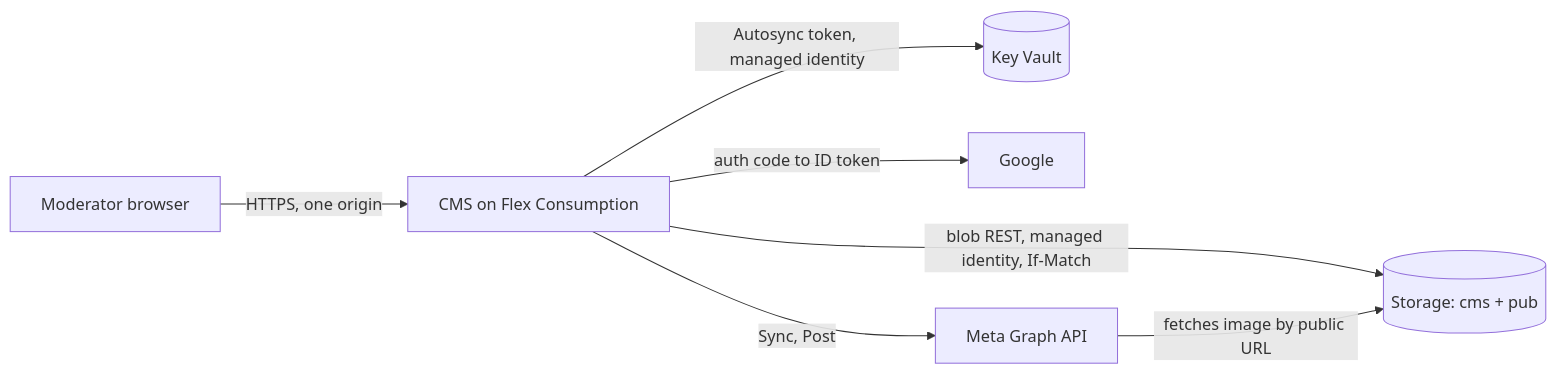
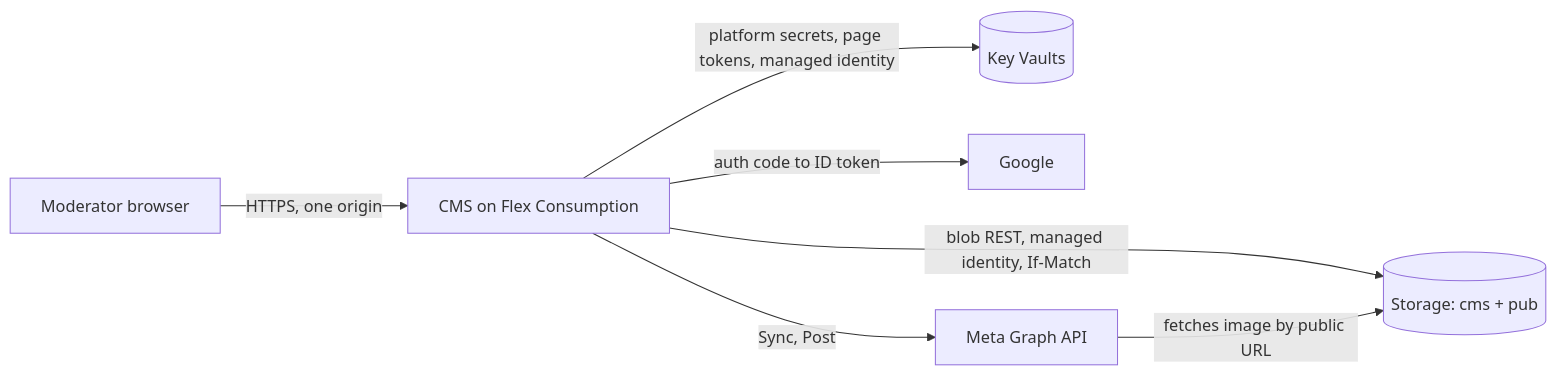
Before and after one commit to filip-be/folk-ms: the diagram in docs/platform/README.md, drawn with Mermaid. The commit also changed other lines of this file and 14 other files, not shown here.

````diff
--- a/docs/platform/README.md
+++ b/docs/platform/README.md
@@ -11,9 +11,9 @@
 ```mermaid
 flowchart LR
   M[Moderator browser] -->|HTTPS, one origin| C[CMS on Flex Consumption]
   C -->|blob REST, managed identity, If-Match| S[(Storage: cms + pub)]
-  C -->|Autosync token, managed identity| K[(Key Vault)]
+  C -->|platform secrets, page tokens, managed identity| K[(Key Vaults)]
   C -->|auth code to ID token| G[Google]
   C -->|Sync, Post| F[Meta Graph API]
   F -->|fetches image by public URL| S
 ```
````
